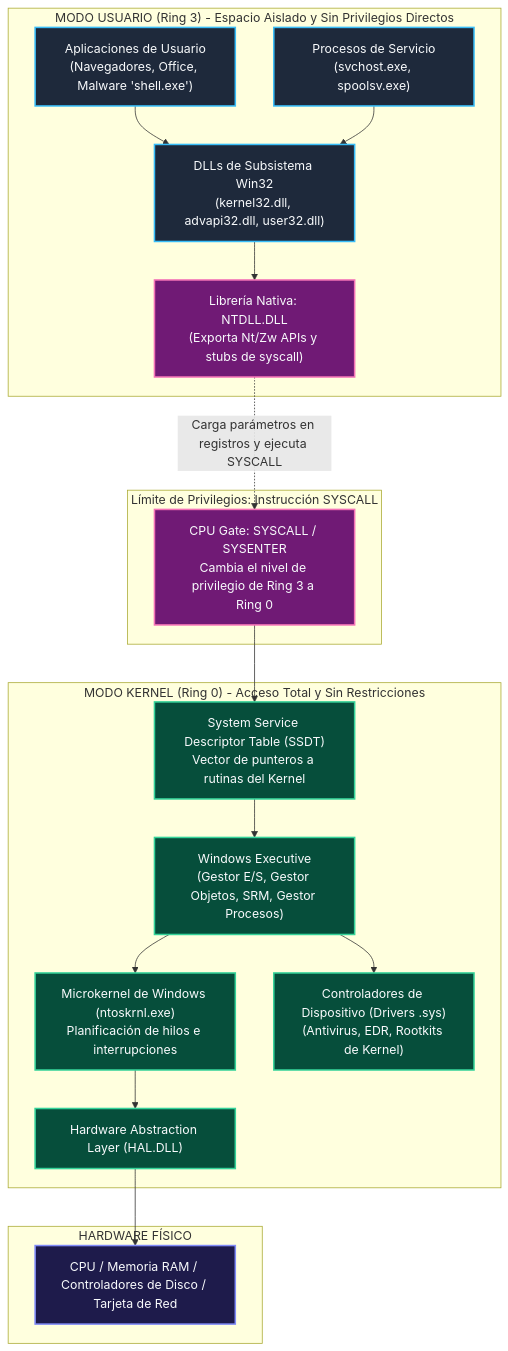
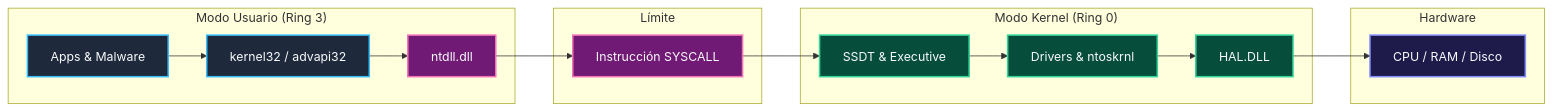
The second of 7 diagrams in malware-analysis/01-arquitectura-windows-directorios-y-permisos/README.md (purpesec/Cybersecurity-For-Beginners), drawn with Mermaid before and after one commit. The commit also changed other lines of this file and 4 other files, not shown here.

Commit message:
style: convertir todos los diagramas verticales TD en diagramas horizontales compactos LR

````diff
--- a/malware-analysis/01-arquitectura-windows-directorios-y-permisos/README.md
+++ b/malware-analysis/01-arquitectura-windows-directorios-y-permisos/README.md
@@ -45,34 +37,26 @@
 ```mermaid
-graph TD
+flowchart LR
     classDef user fill:#1e293b,stroke:#38bdf8,stroke-width:2px,color:#f8fafc;
     classDef trans fill:#701a75,stroke:#f472b6,stroke-width:2px,color:#f8fafc;
     classDef kern fill:#064e3b,stroke:#34d399,stroke-width:2px,color:#f8fafc;
     classDef hw fill:#1e1b4b,stroke:#818cf8,stroke-width:2px,color:#f8fafc;
 
-    subgraph USER_MODE["MODO USUARIO (Ring 3) - Espacio Aislado y Sin Privilegios Directos"]
-        APP["Aplicaciones de Usuario\n(Navegadores, Office, Malware 'shell.exe')"]:::user
-        SVC["Procesos de Servicio\n(svchost.exe, spoolsv.exe)"]:::user
-        DLL["DLLs de Subsistema Win32\n(kernel32.dll, advapi32.dll, user32.dll)"]:::user
-        NTDLL["Librería Nativa: NTDLL.DLL\n(Exporta Nt/Zw APIs y stubs de syscall)"]:::trans
-        APP --> DLL
-        SVC --> DLL
-        DLL --> NTDLL
+    subgraph U["Modo Usuario (Ring 3)"]
+        APP["Apps & Malware"]:::user --> DLL["kernel32 / advapi32"]:::user --> NTDLL["ntdll.dll"]:::trans
     end
 
-    subgraph TRANSITION["Límite de Privilegios: Instrucción SYSCALL"]
-        NTDLL -. "Carga parámetros en registros y ejecuta SYSCALL" .-> SS
-        SS["CPU Gate: SYSCALL / SYSENTER\nCambia el nivel de privilegio de Ring 3 a Ring 0"]:::trans
+    subgraph T["Límite"]
+        GATE["Instrucción SYSCALL"]:::trans
     end
 
-    subgraph KERNEL_MODE["MODO KERNEL (Ring 0) - Acceso Total y Sin Restricciones"]
-        SS --> SSDT["System Service Descriptor Table (SSDT)\nVector de punteros a rutinas del Kernel"]:::kern
-        SSDT --> EXEC["Windows Executive\n(Gestor E/S, Gestor Objetos, SRM, Gestor Procesos)"]:::kern
-        EXEC --> MICRO["Microkernel de Windows (ntoskrnl.exe)\nPlanificación de hilos e interrupciones"]:::kern
-        EXEC --> DRV["Controladores de Dispositivo (Drivers .sys)\n(Antivirus, EDR, Rootkits de Kernel)"]:::kern
-        MICRO --> HAL["Hardware Abstraction Layer (HAL.DLL)"]:::kern
+    subgraph K["Modo Kernel (Ring 0)"]
+        SSDT["SSDT & Executive"]:::kern --> DRV["Drivers & ntoskrnl"]:::kern --> HAL["HAL.DLL"]:::kern
     end
 
-    subgraph HARDWARE["HARDWARE FÍSICO"]
-        HAL --> CPU["CPU / Memoria RAM / Controladores de Disco / Tarjeta de Red"]:::hw
+    subgraph H["Hardware"]
+        HW["CPU / RAM / Disco"]:::hw
     end
+
+    NTDLL --> GATE --> SSDT
+    HAL --> HW
 ```
````
